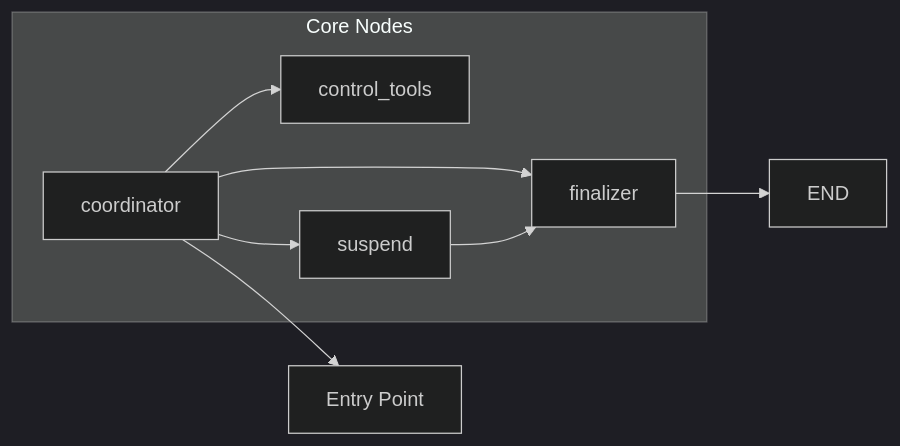
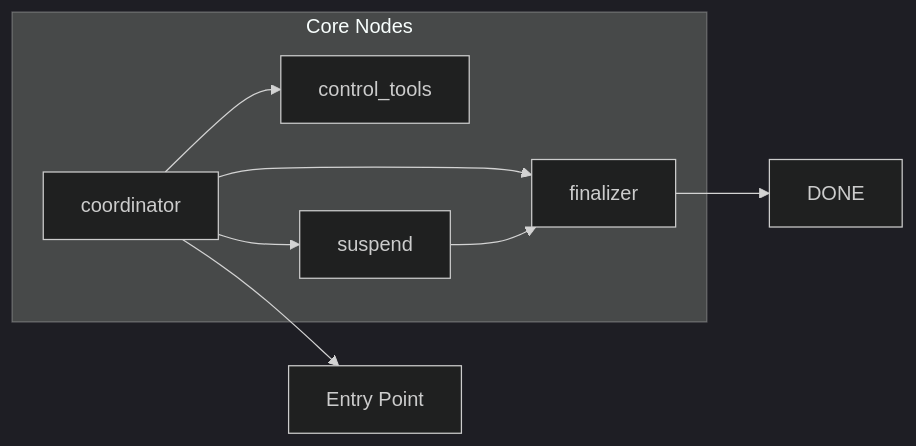
The second of 9 diagrams in docs/concepts/langgraph-architecture.md (jonaskahn/cadence), drawn with Mermaid (dark theme) before and after one commit. The commit also changed other lines of this file and 41 other files, not shown here.

````diff
--- a/docs/concepts/langgraph-architecture.md
+++ b/docs/concepts/langgraph-architecture.md
@@ -79,12 +79,12 @@
 ```mermaid
 graph LR
     subgraph "Core Nodes"
         A[coordinator] --> B[control_tools]
         A --> C[suspend]
         A --> D[finalizer]
     end
     
     A --> E[Entry Point]
     C --> D
-    D --> F[END]
+    D --> F[DONE]
 ```
````
